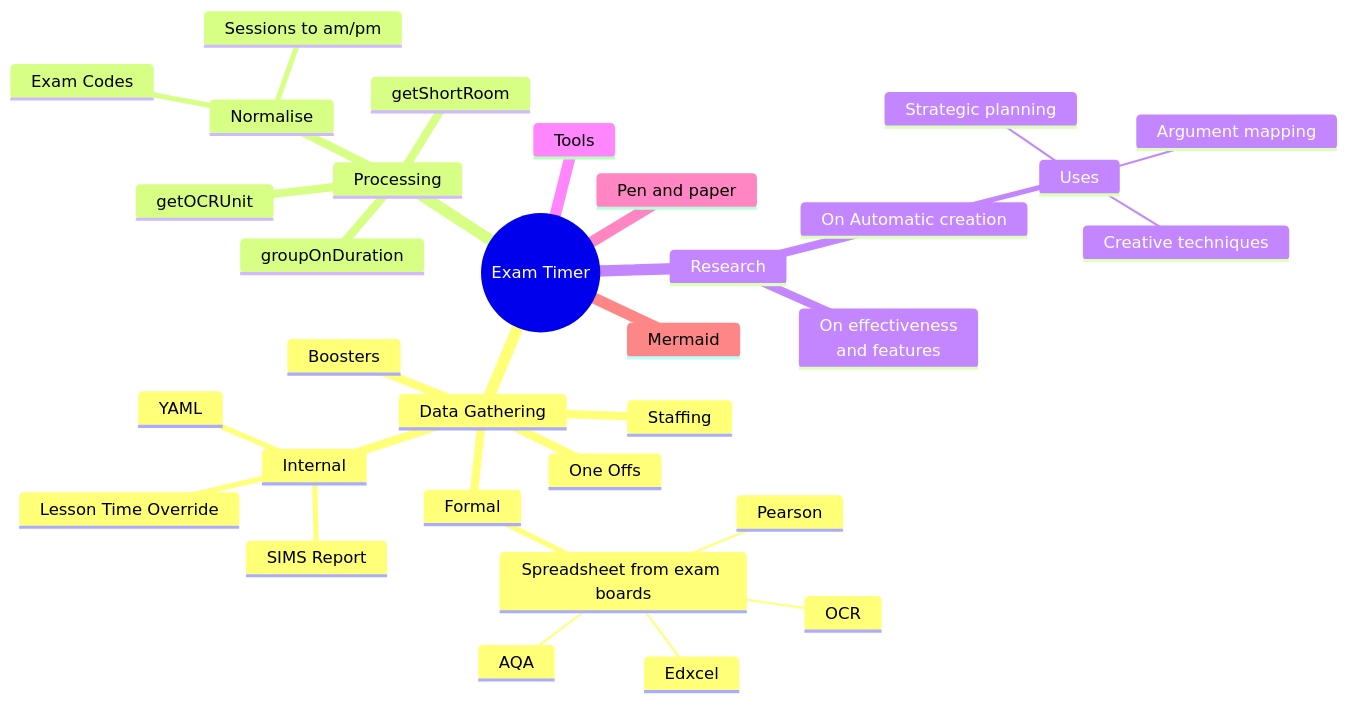
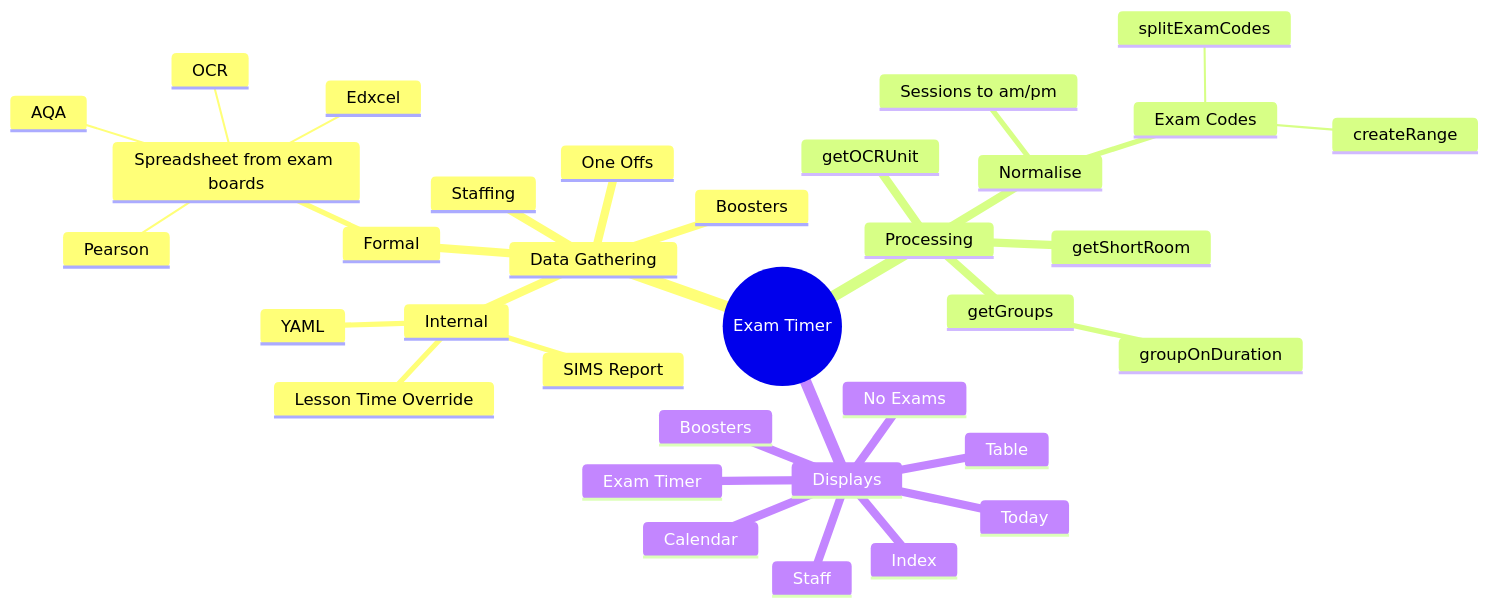
One commit to mr-eggleton/obsidian-notes changed the first of 2 diagrams in Untitled.md. Above: the diagram before and after it, drawn with Mermaid. The commit also changed other lines of this file and 2 other files, not shown here.

Commit message:
vault backup: 2025-05-28 12:41:22

````diff
--- a/Untitled.md
+++ b/Untitled.md
@@ -26,37 +26,38 @@
 ```mermaid
 mindmap
 	root((Exam Timer))
 		Data Gathering
 			Formal
 				Spreadsheet from exam boards
 					OCR
 					Pearson
 					Edxcel
 					AQA
 			Internal
 				Lesson Time Override
 				SIMS Report
 				YAML
 			One Offs
 			Boosters
 			Staffing
 		Processing
 			Normalise
 				Exam Codes
+					splitExamCodes
+					createRange
 				Sessions to am/pm
-			groupOnDuration
+			getGroups
+				groupOnDuration
 			getOCRUnit
 			getShortRoom			
 			
-		Research
-			On effectiveness<br/>and features
-			On Automatic creation
-				Uses
-					Creative techniques
-					Strategic planning
-					Argument mapping
-		Tools
-		Pen and paper
-		Mermaid
-
+		Displays
+			Exam Timer
+			Table
+			Boosters
+			Index
+			Today
+			Calendar
+			No Exams
+			Staff
 ```
````
